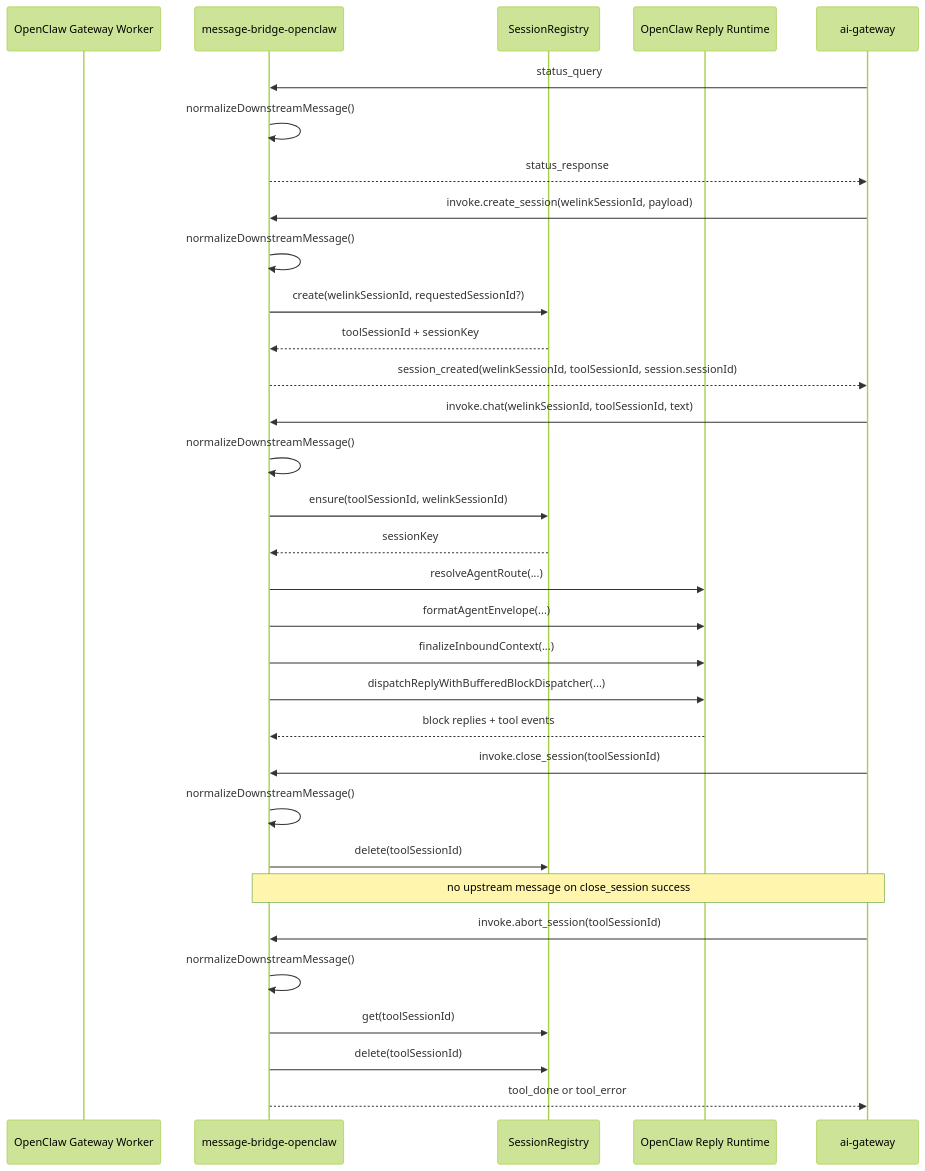
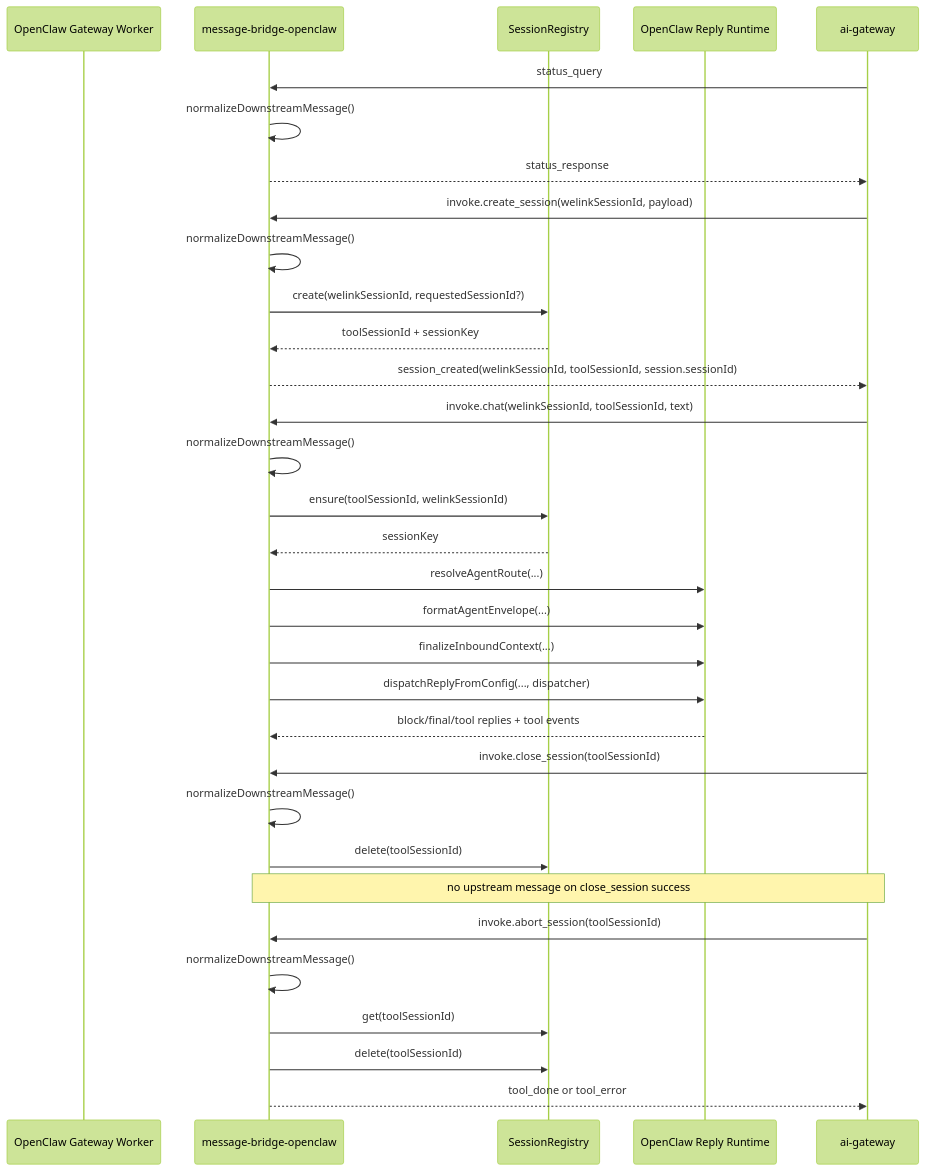
One commit to yuzhangCZ/agent-plugin changed the second of 3 diagrams in plugins/message-bridge-openclaw/docs/protocol-sequence.md. Above: the diagram before and after it, drawn with Mermaid (forest theme). The commit also changed 6 other files, not shown here.

````diff
--- a/plugins/message-bridge-openclaw/docs/protocol-sequence.md
+++ b/plugins/message-bridge-openclaw/docs/protocol-sequence.md
@@ -88,39 +88,39 @@
 ```mermaid
 sequenceDiagram
   participant OGW as OpenClaw Gateway Worker
   participant MB as message-bridge-openclaw
   participant SR as SessionRegistry
   participant ORR as OpenClaw Reply Runtime
   participant AG as ai-gateway
 
   AG->>MB: status_query
   MB->>MB: normalizeDownstreamMessage()
   MB-->>AG: status_response
 
   AG->>MB: invoke.create_session(welinkSessionId, payload)
   MB->>MB: normalizeDownstreamMessage()
   MB->>SR: create(welinkSessionId, requestedSessionId?)
   SR-->>MB: toolSessionId + sessionKey
   MB-->>AG: session_created(welinkSessionId, toolSessionId, session.sessionId)
 
   AG->>MB: invoke.chat(welinkSessionId, toolSessionId, text)
   MB->>MB: normalizeDownstreamMessage()
   MB->>SR: ensure(toolSessionId, welinkSessionId)
   SR-->>MB: sessionKey
   MB->>ORR: resolveAgentRoute(...)
   MB->>ORR: formatAgentEnvelope(...)
   MB->>ORR: finalizeInboundContext(...)
-  MB->>ORR: dispatchReplyWithBufferedBlockDispatcher(...)
-  ORR-->>MB: block replies + tool events
+  MB->>ORR: dispatchReplyFromConfig(..., dispatcher)
+  ORR-->>MB: block/final/tool replies + tool events
 
   AG->>MB: invoke.close_session(toolSessionId)
   MB->>MB: normalizeDownstreamMessage()
   MB->>SR: delete(toolSessionId)
   Note over MB,AG: no upstream message on close_session success
 
   AG->>MB: invoke.abort_session(toolSessionId)
   MB->>MB: normalizeDownstreamMessage()
   MB->>SR: get(toolSessionId)
   MB->>SR: delete(toolSessionId)
   MB-->>AG: tool_done or tool_error
 ```
````
